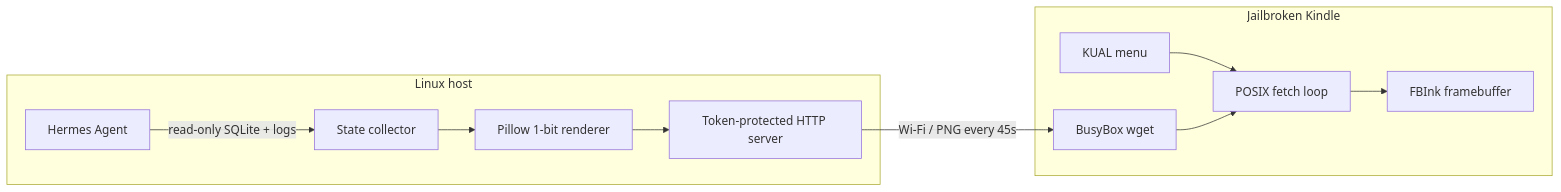
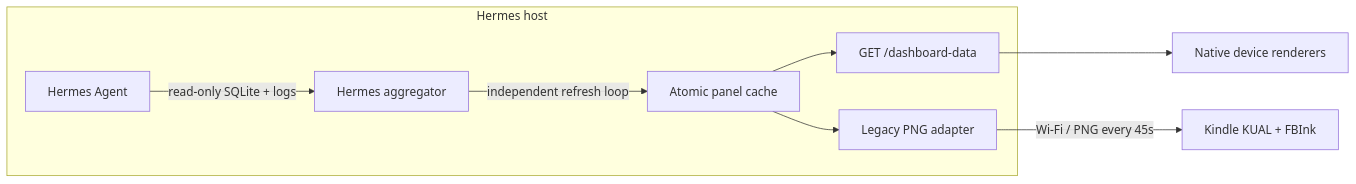
The diagram in README.md (NicoMancinelli/hermes-eink-dashboard), drawn with Mermaid before and after one commit. The commit also changed other lines of this file and 20 other files, not shown here.

````diff
--- a/README.md
+++ b/README.md
@@ -17,14 +53,11 @@
 ```mermaid
 flowchart LR
-  subgraph Host[Linux host]
-    H[Hermes Agent] -->|read-only SQLite + logs| C[State collector]
-    C --> R[Pillow 1-bit renderer]
-    R --> S[Token-protected HTTP server]
+  subgraph Host[Hermes host]
+    H[Hermes Agent] -->|read-only SQLite + logs| A[Hermes aggregator]
+    A -->|independent refresh loop| C[Atomic panel cache]
+    C --> J[GET /dashboard-data]
+    C --> L[Legacy PNG adapter]
   end
-  S -->|Wi-Fi / PNG every 45s| W[BusyBox wget]
-  subgraph Kindle[Jailbroken Kindle]
-    K[KUAL menu] --> F[POSIX fetch loop]
-    W --> F
-    F --> B[FBInk framebuffer]
-  end
+  J --> N[Native device renderers]
+  L -->|Wi-Fi / PNG every 45s| K[Kindle KUAL + FBInk]
 ```
````
